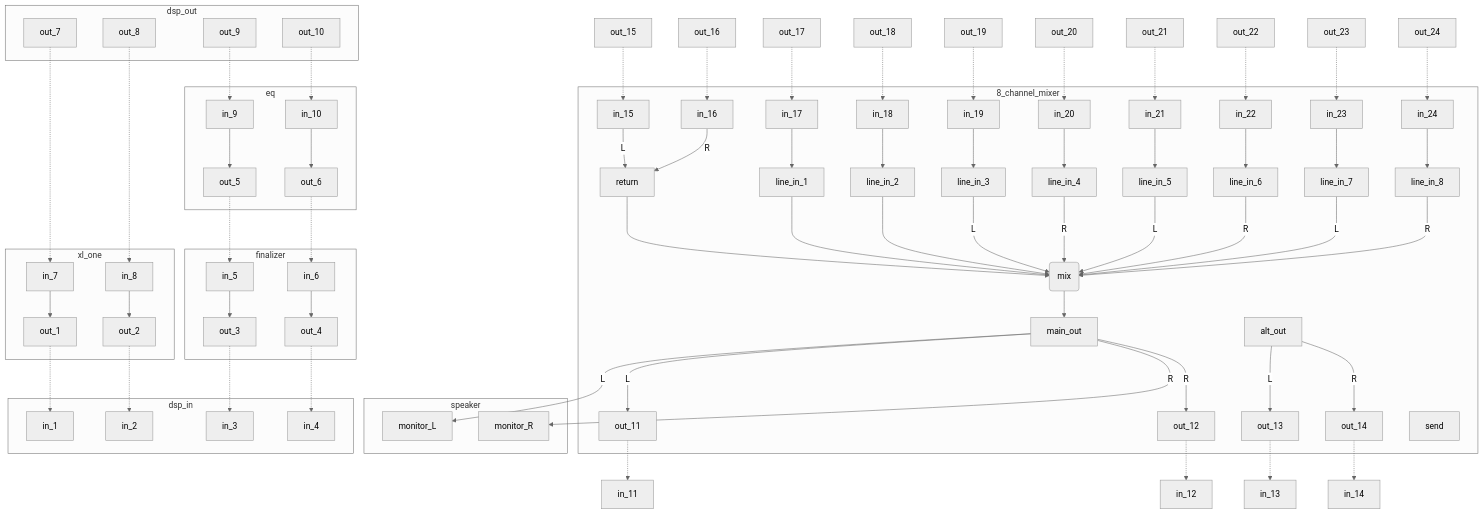
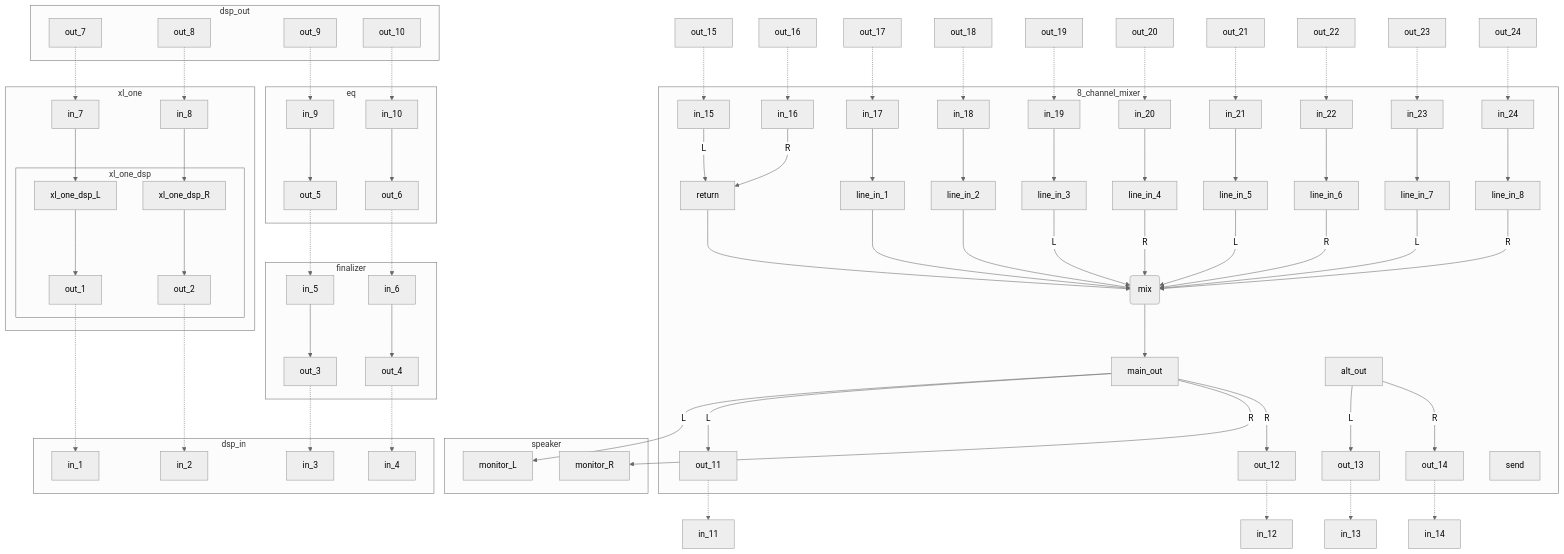
Before and after one commit to wekaco/WKC-5P: the diagram in docs/outboard.mmd, drawn with Mermaid (neutral theme). The commit also changed 1 other file, not shown here.

Commit message:
docs(dsp): Added dsp in xl_one module

```diff
--- a/docs/outboard.mmd
+++ b/docs/outboard.mmd
@@ -1,90 +1,93 @@
 graph TD
 out_1 -.-> in_1
 out_2 -.-> in_2
 out_3 -.-> in_3
 out_4 -.-> in_4
 out_5 -.-> in_5
 out_6 -.-> in_6
 out_7 -.-> in_7
 out_8 -.-> in_8
 out_9 -.-> in_9
 out_10 -.-> in_10
 out_11 -.-> in_11
 out_12 -.-> in_12
 out_13 -.-> in_13
 out_14 -.-> in_14
 out_15 -.-> in_15
 out_16 -.-> in_16
 out_17 -.-> in_17
 out_18 -.-> in_18
 out_19 -.-> in_19
 out_20 -.-> in_20
 out_21 -.-> in_21
 out_22 -.-> in_22
 out_23 -.-> in_23
 out_24 -.-> in_24
 
 subgraph dsp_in
 in_1
 in_2
 in_3
 in_4
 end
 subgraph dsp_out
 out_7
 out_8
 out_9
 out_10
 end
 
 subgraph finalizer
 in_5 --> out_3
 in_6 --> out_4
 end
 
 subgraph xl_one
-in_7 --> out_1
-in_8 --> out_2
+in_7 --> xl_one_dsp_L
+in_8 --> xl_one_dsp_R
+subgraph xl_one_dsp
+xl_one_dsp_L --> out_1
+xl_one_dsp_R --> out_2
 end
-
+end
 subgraph eq
 in_9 --> out_5
 in_10 --> out_6
 end
 
 subgraph speaker
 monitor_L
 monitor_R
 end
 
 subgraph 8_channel_mixer
 send
 main_out
 alt_out
 mix(mix) --> main_out
 line_in_1 --> mix
 line_in_2 --> mix
 line_in_3 -->|L| mix
 line_in_4 -->|R| mix
 line_in_5 -->|L| mix
 line_in_6 -->|R| mix
 line_in_7 -->|L| mix
 line_in_8 -->|R| mix
 return --> mix
 in_15 --> |L| return
 in_16 --> |R| return
 alt_out --> |L| out_13
 alt_out --> |R| out_14
 in_17 --> line_in_1
 in_18 --> line_in_2
 in_19 --> line_in_3
 in_20 --> line_in_4
 in_21 --> line_in_5
 in_22 --> line_in_6
 in_23 --> line_in_7
 in_24 --> line_in_8
 main_out --> |L| monitor_L
 main_out --> |L| out_11
 main_out --> |R| monitor_R
 main_out --> |R| out_12
 end
```
